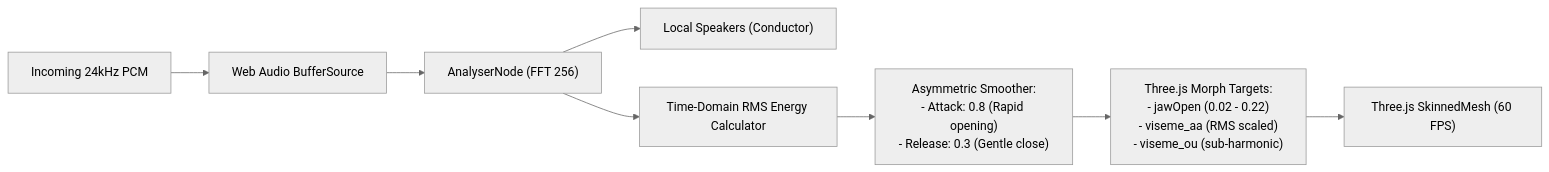
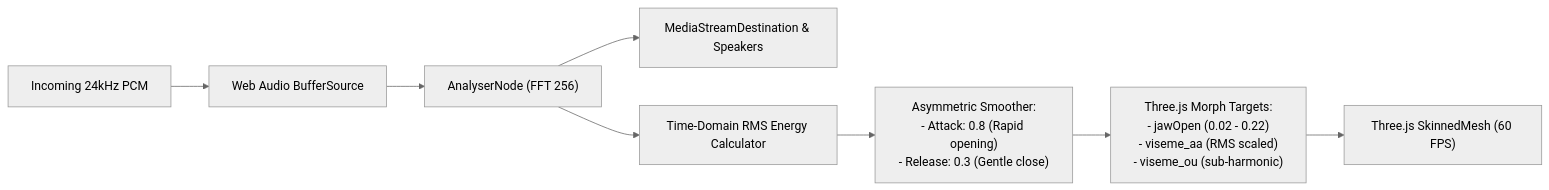
One commit to shreyas0b0acharya/IntelliClass-AI-Gemini-Live changed the second of 3 diagrams in docs/architecture/gemini-live-integration-plan.md. Above: the diagram before and after it, drawn with Mermaid (neutral theme). The commit also changed other lines of this file, not shown here.

Commit message:
docs: finalize Revision 3.0 of Gemini Live architecture plan with implementation fixes

````diff
--- a/docs/architecture/gemini-live-integration-plan.md
+++ b/docs/architecture/gemini-live-integration-plan.md
@@ -822,15 +675,15 @@
 ```mermaid
 flowchart LR
     LiveAudio["Incoming 24kHz PCM"] --> WebAudio["Web Audio BufferSource"]
     WebAudio --> Analyser["AnalyserNode (FFT 256)"]
-    Analyser --> Speakers["Local Speakers (Conductor)"]
+    Analyser --> OutputDest["MediaStreamDestination & Speakers"]
     Analyser --> RMS["Time-Domain RMS Energy Calculator"]
     RMS --> Smooth["Asymmetric Smoother:
 - Attack: 0.8 (Rapid opening)
 - Release: 0.3 (Gentle close)"]
     Smooth --> Morph["Three.js Morph Targets:
 - jawOpen (0.02 - 0.22)
 - viseme_aa (RMS scaled)
 - viseme_ou (sub-harmonic)"]
     Morph --> Render["Three.js SkinnedMesh (60 FPS)"]
 ```
````
